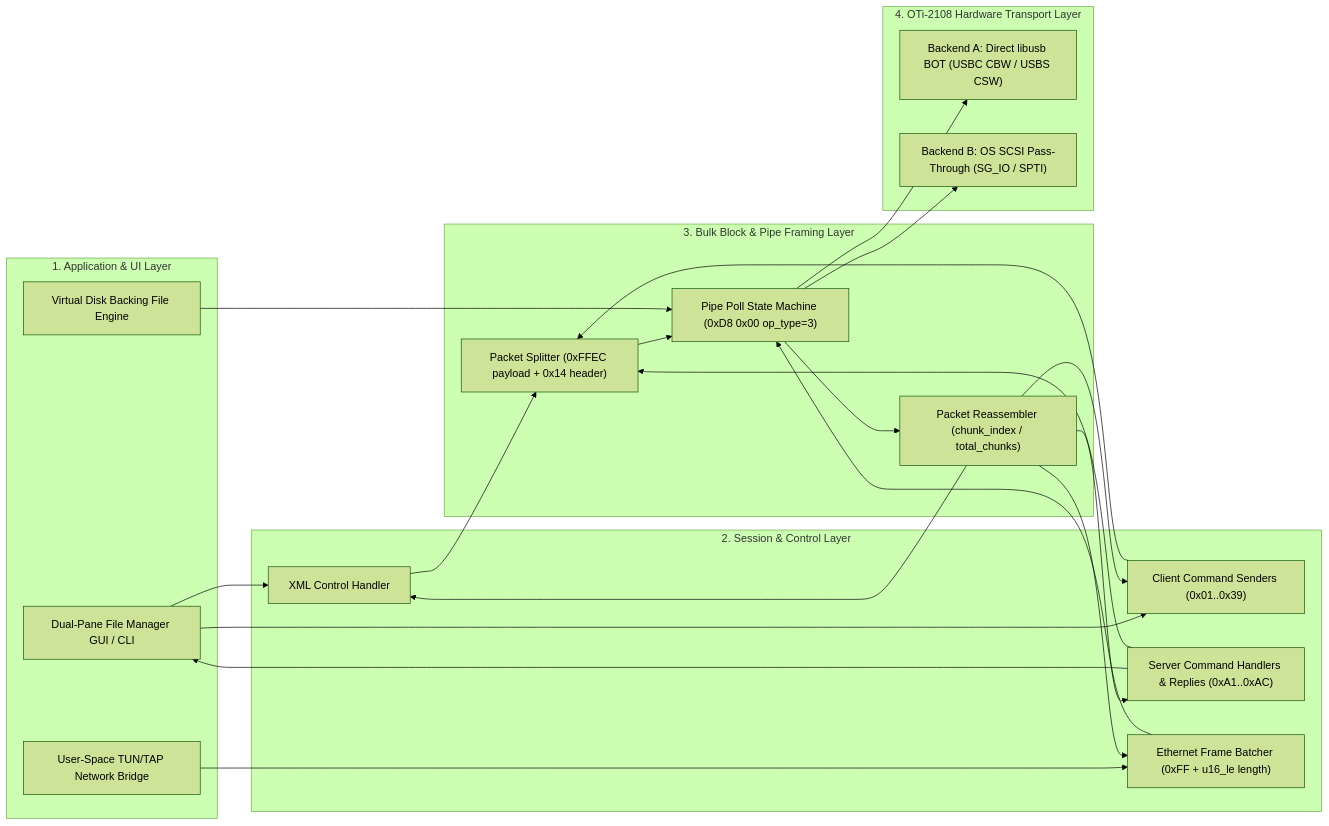
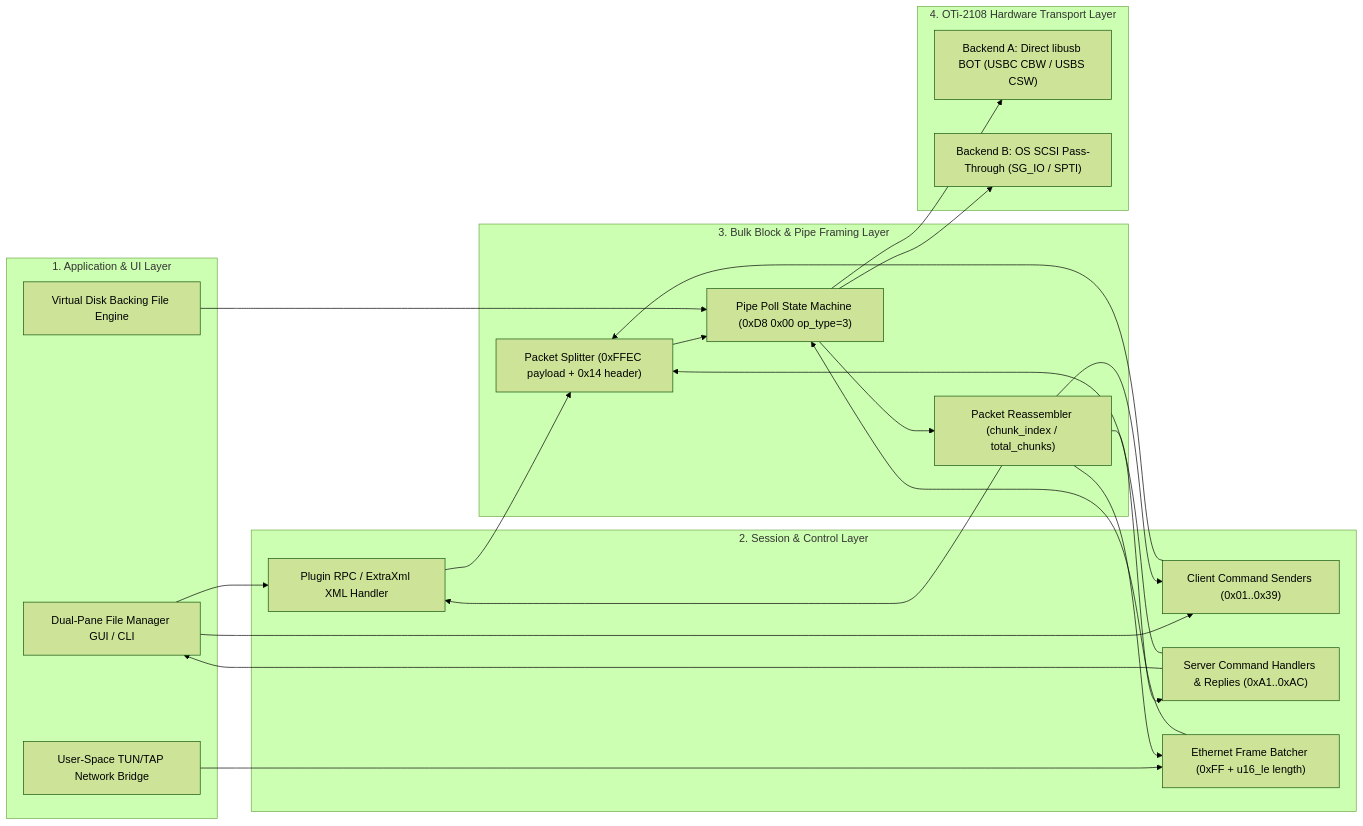
One commit to brlin-tw/easysync-cleanroom changed the second of 2 diagrams in specs/00-overview-and-architecture.md. Above: the diagram before and after it, drawn with Mermaid (forest theme). The commit also changed other lines of this file and 2 other files, not shown here.

First line of the commit message:
docs(specs): Align wire protocol, plugin RPC, and connection specifications

````diff
--- a/specs/00-overview-and-architecture.md
+++ b/specs/00-overview-and-architecture.md
@@ -106,44 +106,44 @@
 ```mermaid
 flowchart LR
     subgraph AppLayer["1. Application & UI Layer"]
         GUI["Dual-Pane File Manager GUI / CLI"]
         VFile["Virtual Disk Backing File Engine"]
         TAP["User-Space TUN/TAP Network Bridge"]
     end
 
     subgraph SessionLayer["2. Session & Control Layer"]
-        XML["<OTIMSG> XML Control Handler"]
+        XML["Plugin RPC / ExtraXml XML Handler"]
         CmdClient["Client Command Senders (0x01..0x39)"]
         CmdServer["Server Command Handlers & Replies (0xA1..0xAC)"]
         EthBatch["Ethernet Frame Batcher (0xFF + u16_le length)"]
     end
 
     subgraph FramingLayer["3. Bulk Block & Pipe Framing Layer"]
         Splitter["Packet Splitter (0xFFEC payload + 0x14 header)"]
         Reassembler["Packet Reassembler (chunk_index / total_chunks)"]
         PollLoop["Pipe Poll State Machine (0xD8 0x00 op_type=3)"]
     end
 
     subgraph TransportLayer["4. OTi-2108 Hardware Transport Layer"]
         LibUSB["Backend A: Direct libusb BOT (USBC CBW / USBS CSW)"]
         PassThru["Backend B: OS SCSI Pass-Through (SG_IO / SPTI)"]
     end
 
     GUI --> XML
     GUI --> CmdClient
     CmdServer --> GUI
     TAP --> EthBatch
     XML --> Splitter
     CmdClient --> Splitter
     CmdServer --> Splitter
     Splitter --> PollLoop
     PollLoop --> Reassembler
     Reassembler --> XML
     Reassembler --> CmdClient
     Reassembler --> CmdServer
     Reassembler --> EthBatch
     EthBatch --> PollLoop
     VFile --> PollLoop
     PollLoop --> LibUSB
     PollLoop --> PassThru
 ```
````
